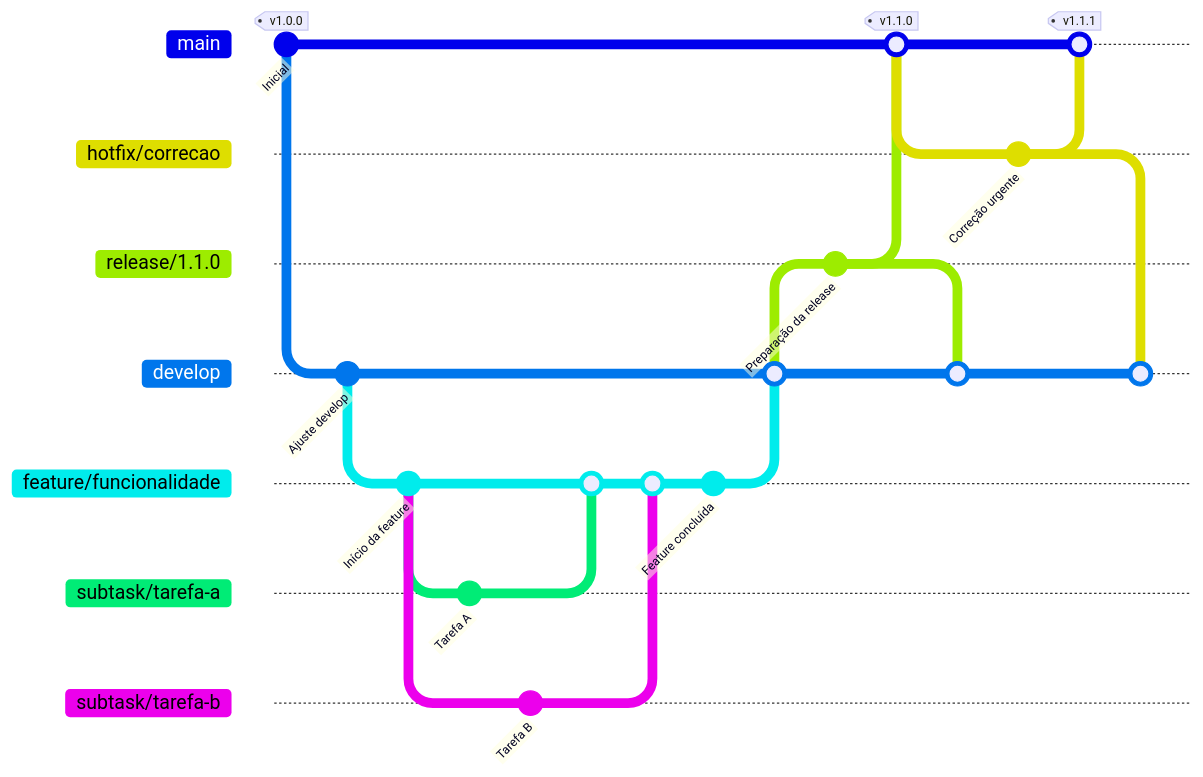
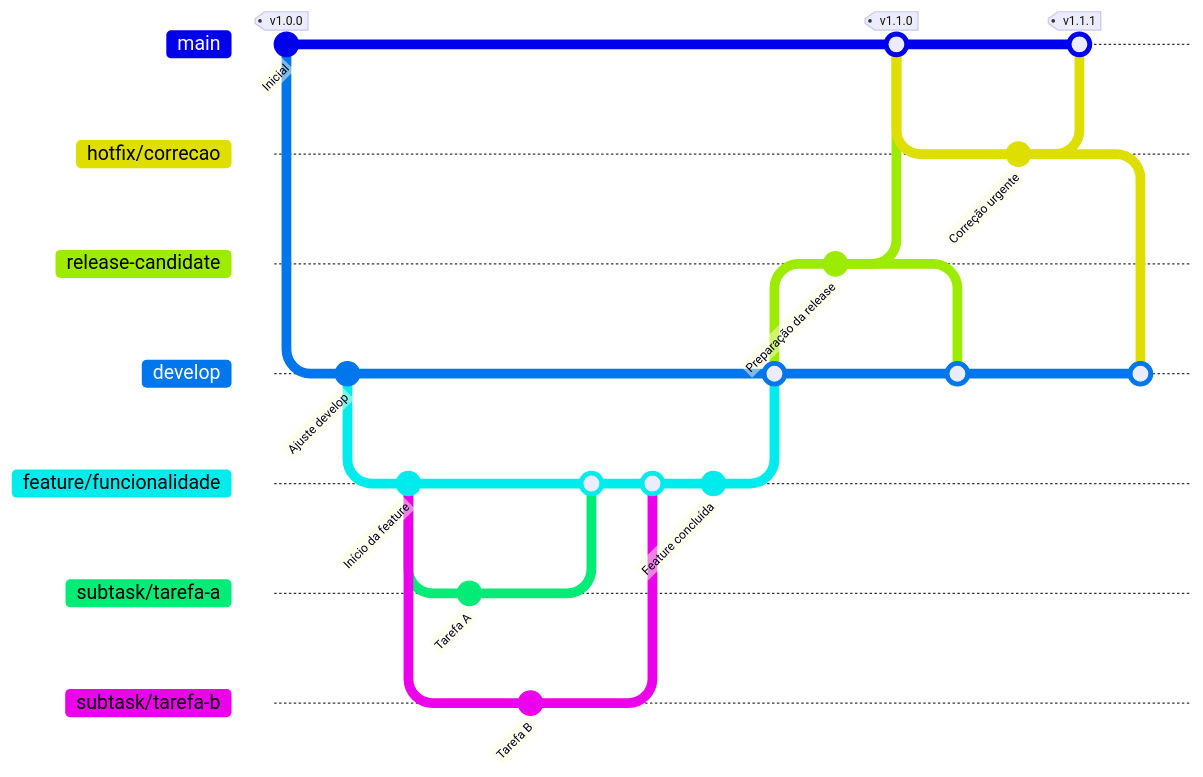
The diagram in docs/devops/modelo-ramificacao.md (NES-Contabilidade-Integrada/doc-coins2026.1), drawn with Mermaid before and after one commit. The commit also changed other lines of this file and 6 other files, not shown here.

Commit message:
docs(devops): resolve duplicidades e inconsistências — remove padrao-commits/versionamento, corrige release-candidate, limpa fluxo.md

````diff
--- a/docs/devops/modelo-ramificacao.md
+++ b/docs/devops/modelo-ramificacao.md
@@ -24,48 +24,48 @@
 ```mermaid
 gitGraph
     commit id: "Inicial" tag: "v1.0.0"
 
     branch develop order: 3
     checkout develop
     commit id: "Ajuste develop"
 
     branch feature/funcionalidade order: 4
     checkout feature/funcionalidade
     commit id: "Início da feature"
 
     branch subtask/tarefa-a order: 5
     checkout subtask/tarefa-a
     commit id: "Tarefa A"
 
     checkout feature/funcionalidade
     branch subtask/tarefa-b order: 6
     checkout subtask/tarefa-b
     commit id: "Tarefa B"
 
     checkout feature/funcionalidade
     merge subtask/tarefa-a
     merge subtask/tarefa-b
     commit id: "Feature concluída"
 
     checkout develop
     merge feature/funcionalidade
 
-    branch release/1.1.0 order: 2
-    checkout release/1.1.0
+    branch release-candidate order: 2
+    checkout release-candidate
     commit id: "Preparação da release"
 
     checkout main
-    merge release/1.1.0 tag: "v1.1.0"
+    merge release-candidate tag: "v1.1.0"
     checkout develop
-    merge release/1.1.0
+    merge release-candidate
 
     checkout main
     branch hotfix/correcao order: 1
     checkout hotfix/correcao
     commit id: "Correção urgente"
 
     checkout main
     merge hotfix/correcao tag: "v1.1.1"
     checkout develop
     merge hotfix/correcao
 ```
````
